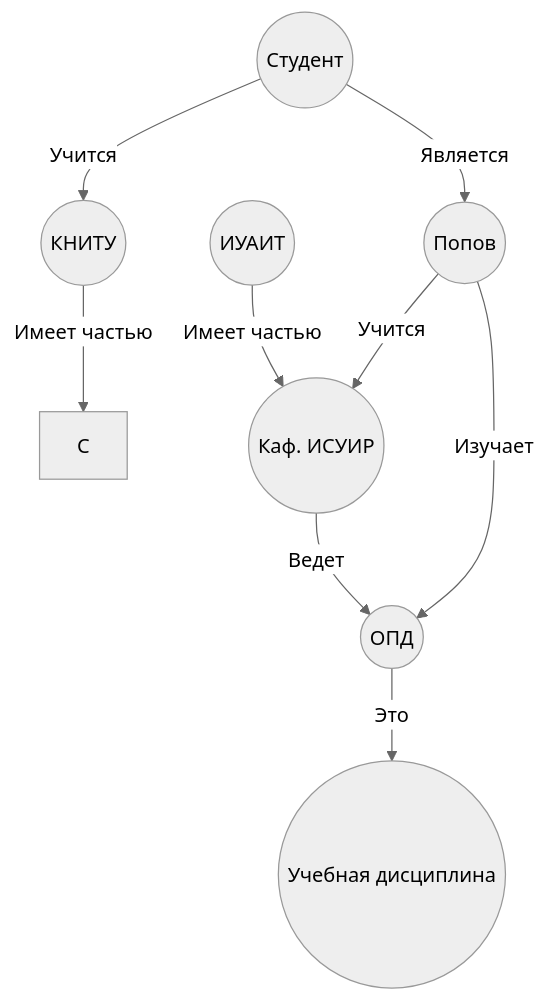
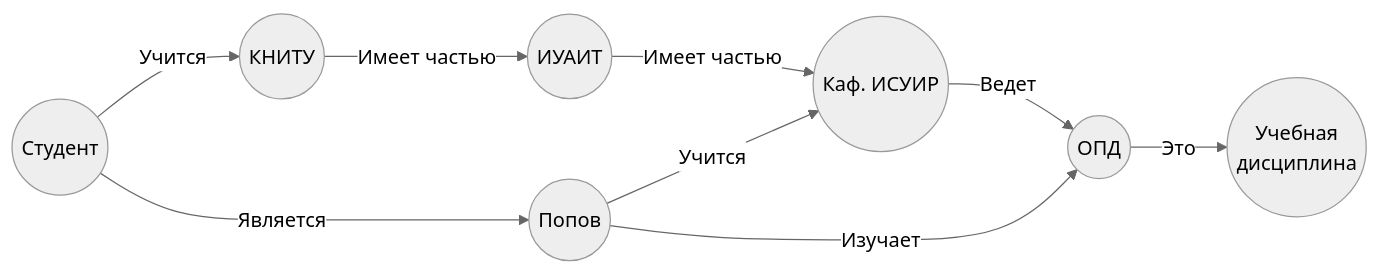
Before and after one commit to wesdyqq/study-sync: the diagram in Учеба КНИТУ/Информатика/Конспекты лекций/Основы Проф. Деятельности 19.11.26.md, drawn with Mermaid (neutral theme). The commit also changed other lines of this file, not shown here.

````diff
--- a/Учеба КНИТУ/Информатика/Конспекты лекций/Основы Проф. Деятельности 19.11.26.md
+++ b/Учеба КНИТУ/Информатика/Конспекты лекций/Основы Проф. Деятельности 19.11.26.md
@@ -30,19 +40,19 @@
 ```mermaid
-	flowchart TD
+	flowchart LR
 		A(("Студент"))
 		B(("КНИТУ"))
 		C(("ИУАИТ"))
 		D(("Каф. ИСУИР"))
 		E(("Попов"))
 		F(("ОПД"))
-		G(("Учебная дисциплина"))
+		G(("Учебная<br>дисциплина"))
 		
 		A-->|"Учится"|B
-		B-->|"Имеет частью"|С
+		B-->|"Имеет частью"|C
 		C-->|"Имеет частью"|D
 		A-->|"Является"|E
 		E-->|"Учится"|D
 		E-->|"Изучает"|F
 		D-->|"Ведет"|F
 		F-->|"Это"|G
 ```
````
